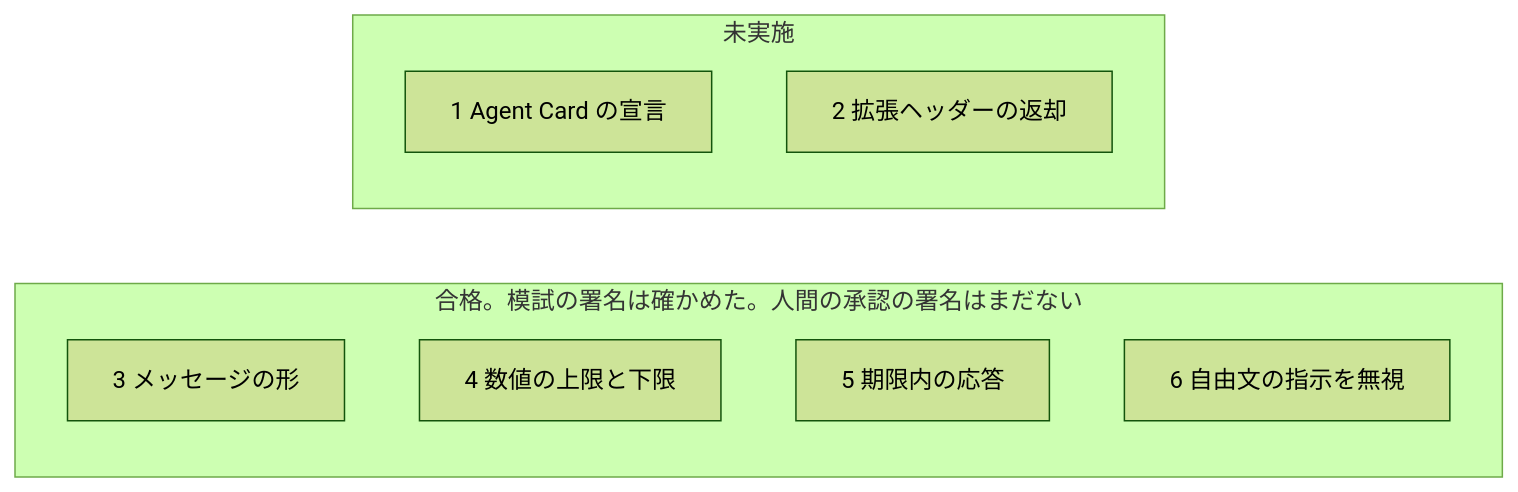
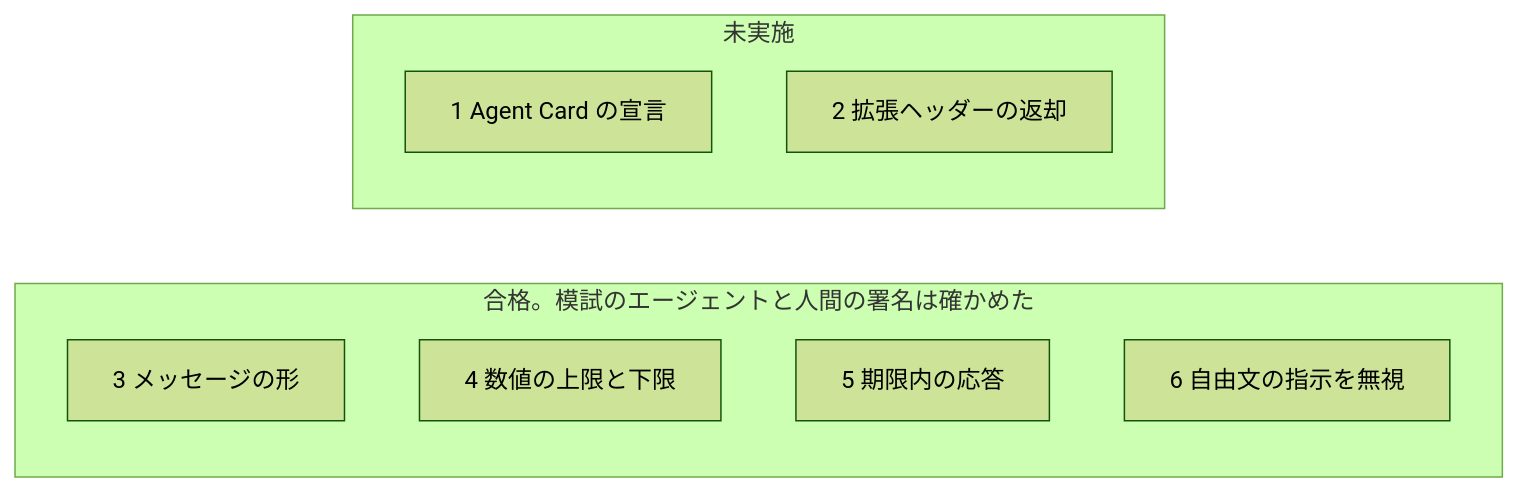
One commit to ranma-s/a2aix changed the second of 2 diagrams in docs/feature-map.md. Above: the diagram before and after it, drawn with Mermaid (forest theme). The commit also changed other lines of this file and 20 other files, not shown here.

````diff
--- a/docs/feature-map.md
+++ b/docs/feature-map.md
@@ -28,13 +28,13 @@
 ```mermaid
 flowchart LR
-  subgraph pass["合格。模試の署名は確かめた。人間の承認の署名はまだない"]
+  subgraph pass["合格。模試のエージェントと人間の署名は確かめた"]
     item3["3 メッセージの形"]
     item4["4 数値の上限と下限"]
     item5["5 期限内の応答"]
     item6["6 自由文の指示を無視"]
   end
   subgraph pending["未実施"]
     item1["1 Agent Card の宣言"]
     item2["2 拡張ヘッダーの返却"]
   end
 ```
````
